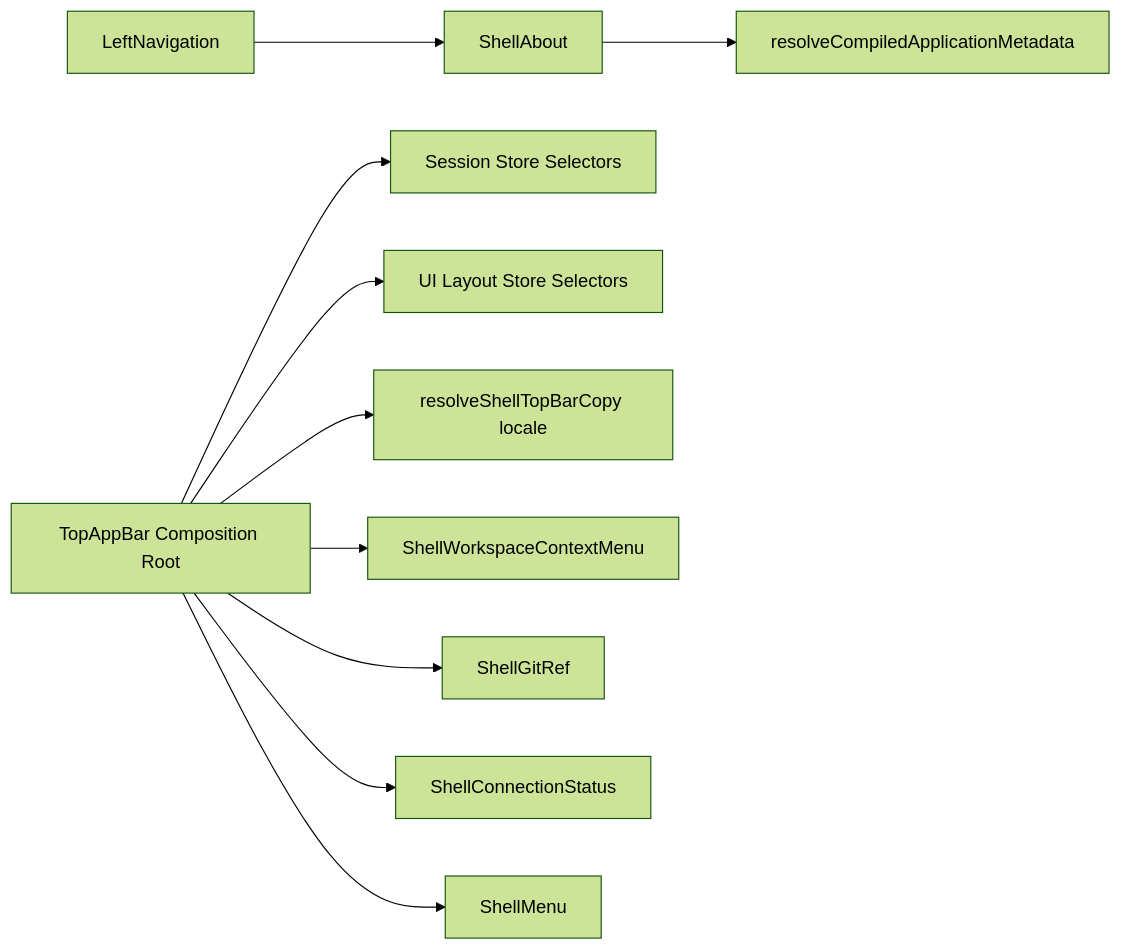
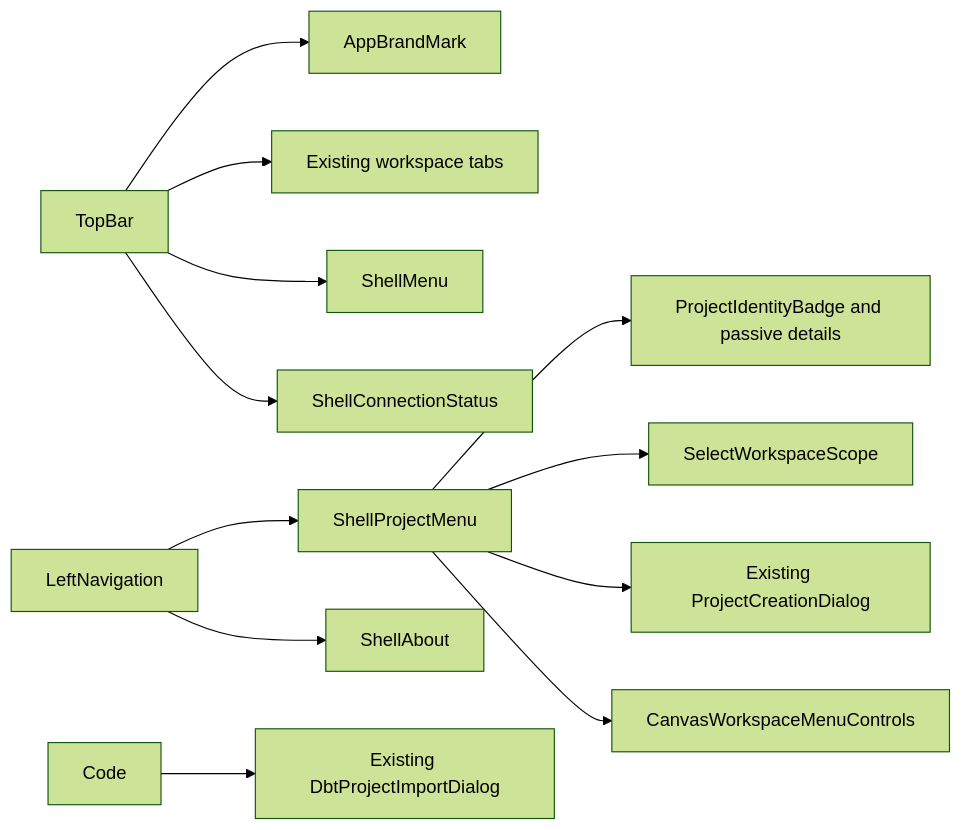
Before and after one commit to dunay2/dvt: diagram 20 of 34 in docs/architecture/components/web/appshell/app-shell.md, drawn with Mermaid (forest theme). The commit also changed other lines of this file and 58 other files, not shown here.

Commit message:
refactor(web): Consolidate project settings in the rail and file actions in Code (#3845)

````diff
--- a/docs/architecture/components/web/appshell/app-shell.md
+++ b/docs/architecture/components/web/appshell/app-shell.md
@@ -841,12 +834,14 @@
 ```mermaid
 flowchart LR
-  A[TopAppBar Composition Root] --> B[Session Store Selectors]
-  A --> C[UI Layout Store Selectors]
-  A --> D[resolveShellTopBarCopy locale]
-  Rail[LeftNavigation] --> E[ShellAbout]
-  E --> I[resolveCompiledApplicationMetadata]
-  A --> F[ShellWorkspaceContextMenu]
-  A --> G[ShellGitRef]
-  A --> H[ShellConnectionStatus]
-  A --> J[ShellMenu]
+  TopBar --> Brand[AppBrandMark]
+  TopBar --> Tabs[Existing workspace tabs]
+  TopBar --> View[ShellMenu]
+  TopBar --> Health[ShellConnectionStatus]
+  Rail[LeftNavigation] --> Project[ShellProjectMenu]
+  Rail --> About[ShellAbout]
+  Project --> Context[ProjectIdentityBadge and passive details]
+  Project --> Scope[SelectWorkspaceScope]
+  Project --> Create[Existing ProjectCreationDialog]
+  Project --> Snapshots[CanvasWorkspaceMenuControls]
+  Code --> Import[Existing DbtProjectImportDialog]
 ```
````
